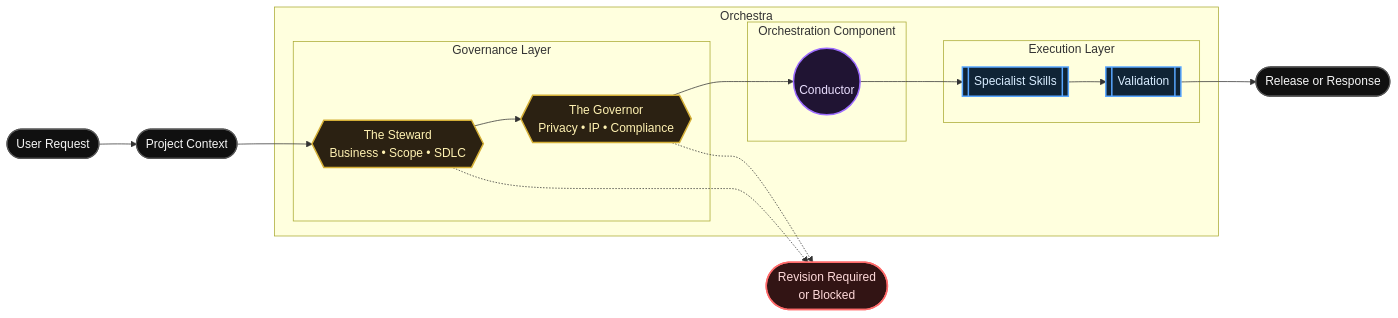
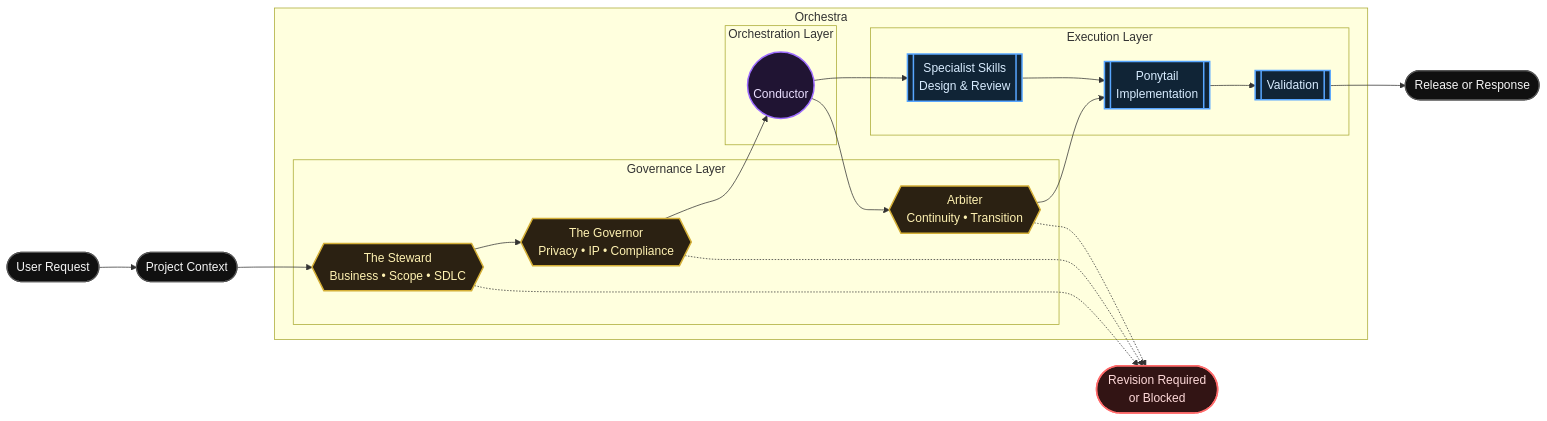
Before and after one commit to Baelfyre/Amalgamatic-Orchestra: the diagram in README.md, drawn with Mermaid. The commit also changed other lines of this file and 4 other files, not shown here.

Commit message:
Refresh README icons for Arbiter and Ponytail

````diff
--- a/README.md
+++ b/README.md
@@ -38,34 +40,42 @@
 ```mermaid
 flowchart LR
     classDef input fill:#101010,stroke:#555,color:#f5f5f5,stroke-width:1.5px
     classDef gov fill:#2b2112,stroke:#d4af37,color:#fff2b2,stroke-width:2px
     classDef orch fill:#201433,stroke:#9d6cff,color:#eadfff,stroke-width:2px
     classDef exec fill:#102436,stroke:#58a6ff,color:#d8ecff,stroke-width:2px
     classDef stop fill:#321414,stroke:#ff6b6b,color:#ffdada,stroke-width:2px
 
     Request([User Request]):::input
     Context([Project Context]):::input
 
     subgraph Orchestra[Orchestra]
       subgraph G[Governance Layer]
         Steward{{The Steward<br/>Business • Scope • SDLC}}:::gov
         Governor{{The Governor<br/>Privacy • IP • Compliance}}:::gov
+        Arbiter{{Arbiter<br/>Continuity • Transition}}:::gov
       end
 
-      subgraph O[Orchestration Component]
+      subgraph O[Orchestration Layer]
         Conductor((<br/>Conductor)):::orch
       end
 
       subgraph E[Execution Layer]
-        Skills[[Specialist Skills]]:::exec
+        Skills[[Specialist Skills<br/>Design & Review]]:::exec
+        Ponytail[[Ponytail<br/>Implementation]]:::exec
         Validate[[Validation]]:::exec
       end
     end
 
     Output([Release or Response]):::input
     Revision([Revision Required<br/>or Blocked]):::stop
 
-    Request --> Context --> Steward --> Governor --> Conductor --> Skills --> Validate --> Output
+    Request --> Context --> Steward --> Governor --> Conductor
+    Conductor --> Arbiter
+    Conductor --> Skills
+    Arbiter --> Ponytail
+    Skills --> Ponytail
+    Ponytail --> Validate --> Output
     Steward -.-> Revision
     Governor -.-> Revision
+    Arbiter -.-> Revision
 ```
````
